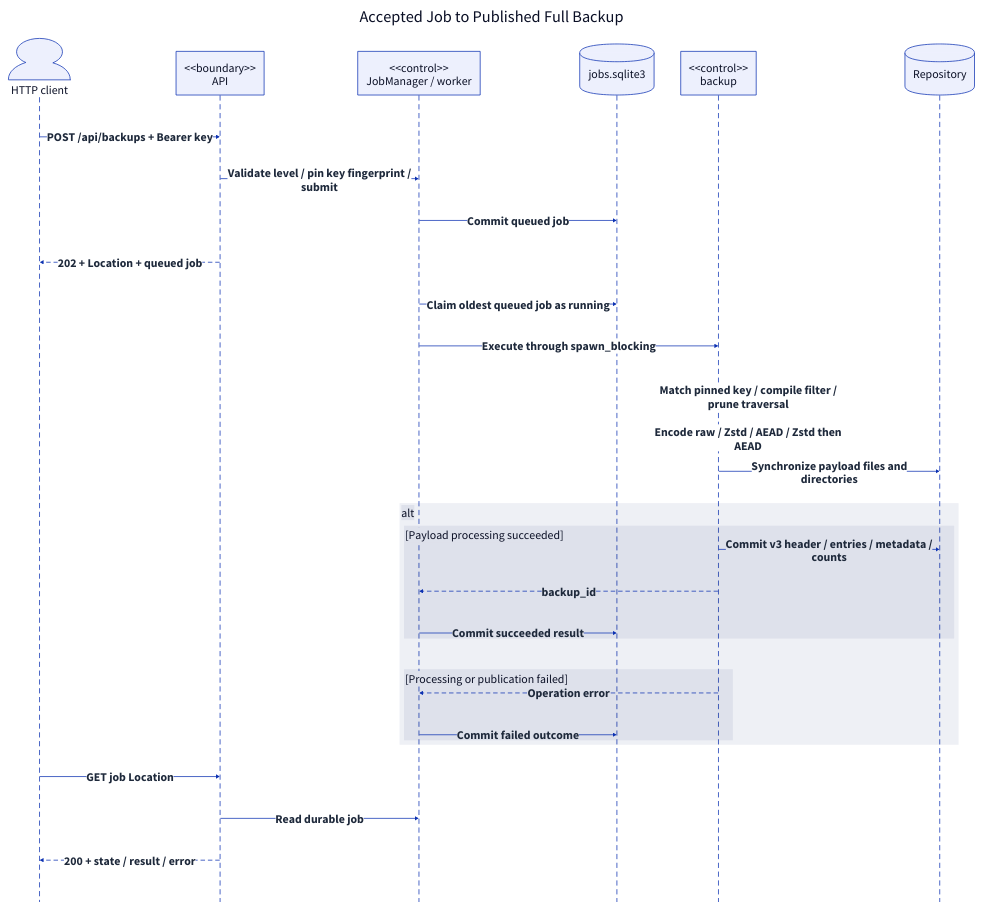
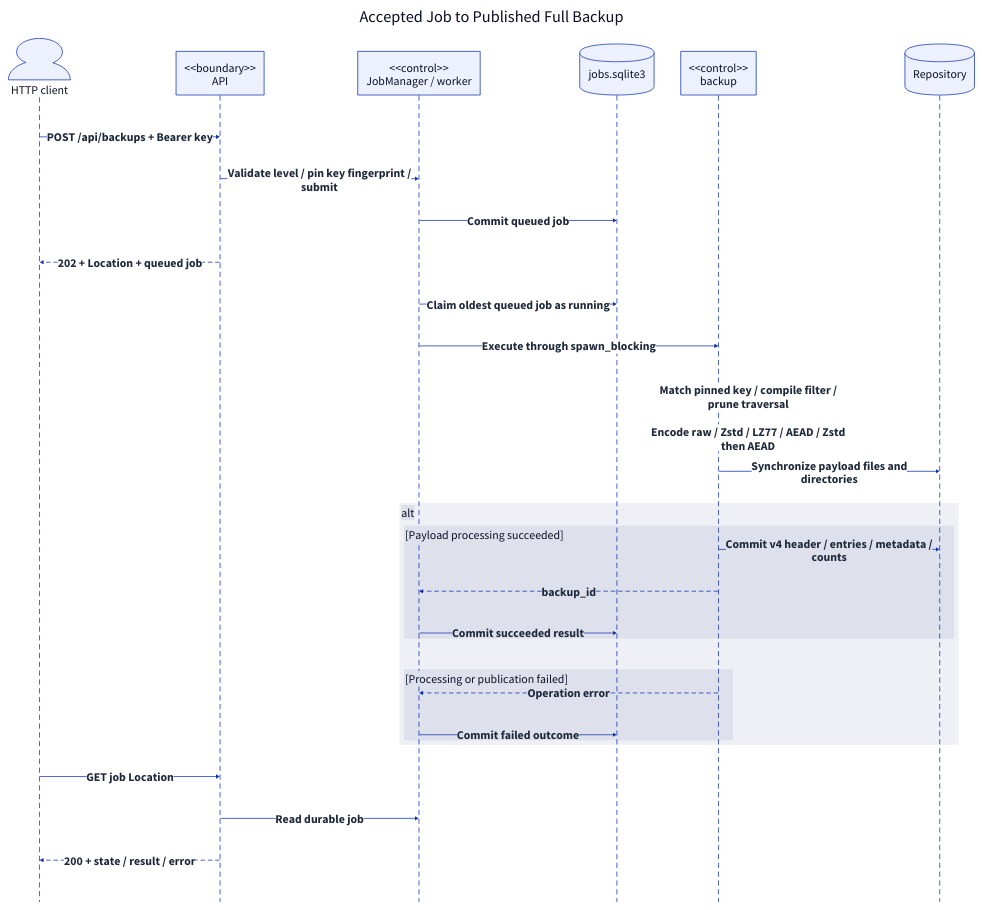
One commit to qi7876/software-development-exp changed the diagram in docs/report/generated/system-sequence-backup.d2. Above: the diagram before and after it, drawn with D2. The commit also changed 40 other files, not shown here.

```diff
--- a/docs/report/generated/system-sequence-backup.d2
+++ b/docs/report/generated/system-sequence-backup.d2
@@ -1,41 +1,41 @@
 # Generated from docs/report/model.yaml; do not edit directly.
 direction: down
 **.style.font-size: 32
 (** -> **)[*].style: {font-size: 32; bold: true; italic: false; font-color: "#1E293B"}
 (** -- **)[*].style: {font-size: 32; bold: true; italic: false; font-color: "#1E293B"}
 (** <- **)[*].style: {font-size: 32; bold: true; italic: false; font-color: "#1E293B"}
 diagram: "Accepted Job to Published Full Backup" {
   style.font-size: 44
   style.fill: white
   style.stroke: transparent
   shape: sequence_diagram
   Client: "HTTP client" {shape: person}
   API: "<<boundary>>\nAPI" {shape: rectangle}
   Jobs: "<<control>>\nJobManager / worker" {shape: rectangle}
   DB: "jobs.sqlite3" {shape: cylinder}
   Backup: "<<control>>\nbackup" {shape: rectangle}
   Repo: "Repository" {shape: cylinder}
   Client -> API: "POST /api/backups + Bearer key"
   API -> Jobs: "Validate level / pin key fingerprint /\nsubmit"
   Jobs -> DB: "Commit queued job"
   API -> Client: "202 + Location + queued job" {style.stroke-dash: 5}
   Jobs -> DB: "Claim oldest queued job as running"
   Jobs -> Backup: "Execute through spawn_blocking"
   Backup -> Backup: "Match pinned key / compile filter /\nprune traversal"
-  Backup -> Backup: "Encode raw / Zstd / AEAD / Zstd then\nAEAD"
+  Backup -> Backup: "Encode raw / Zstd / LZ77 / AEAD / Zstd\nthen AEAD"
   Backup -> Repo: "Synchronize payload files and\ndirectories"
   fragment_9: alt {
     branch_9: "[Payload processing succeeded]" {
-      Backup -> Repo: "Commit v3 header / entries / metadata /\ncounts"
+      Backup -> Repo: "Commit v4 header / entries / metadata /\ncounts"
       Backup -> Jobs: "backup_id" {style.stroke-dash: 5}
       Jobs -> DB: "Commit succeeded result"
     }
     branch_13: "[Processing or publication failed]" {
       Backup -> Jobs: "Operation error" {style.stroke-dash: 5}
       Jobs -> DB: "Commit failed outcome"
     }
   }
   Client -> API: "GET job Location"
   API -> Jobs: "Read durable job"
   API -> Client: "200 + state / result / error" {style.stroke-dash: 5}
 }
```
